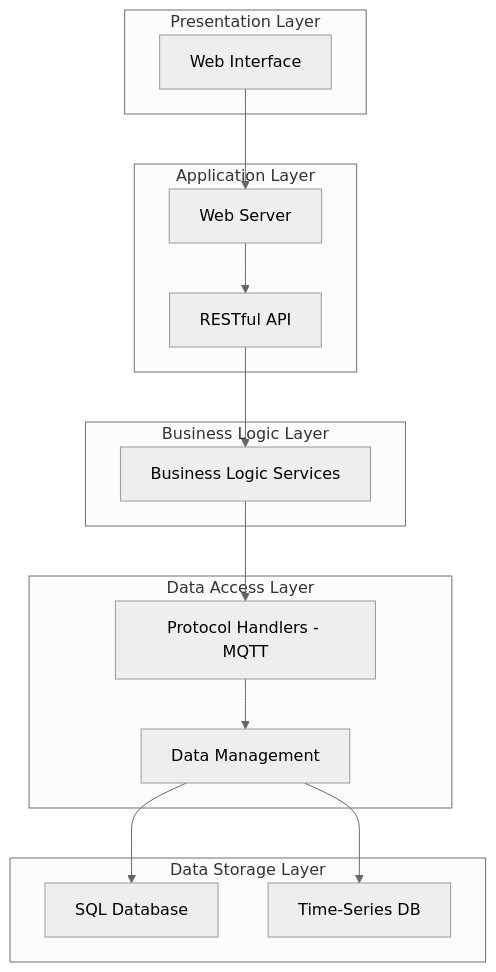
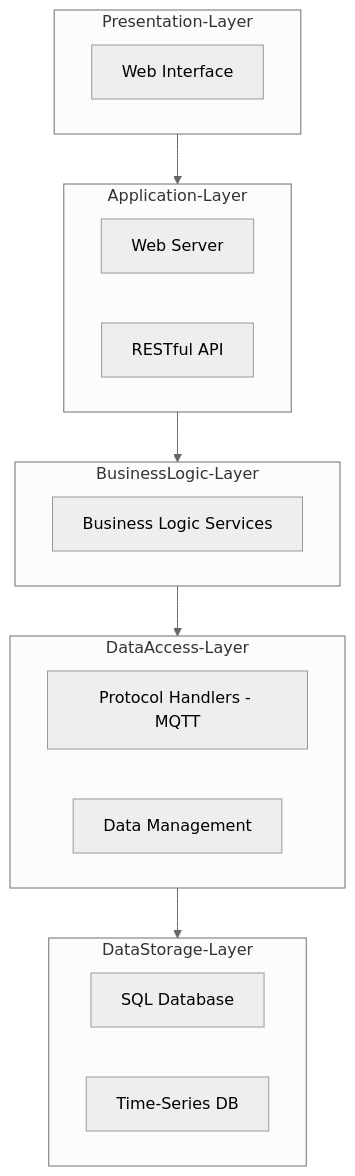
The diagram in README.md (Distributed-IoT-Software-Arch-Course/iot-monolithic-arch-playground), drawn with Mermaid (neutral theme) before and after one commit.

Commit message:
Graph/Schema Updated

````diff
--- a/README.md
+++ b/README.md
@@ -13,33 +13,30 @@
 ```mermaid
 graph TD
-  subgraph Presentation Layer
+  subgraph Presentation-Layer
     A1[Web Interface]
   end
   
-  subgraph Application Layer
+  subgraph Application-Layer
     B1[Web Server]
     B2[RESTful API]
   end
   
-  subgraph Business Logic Layer
+  subgraph BusinessLogic-Layer
     C1[Business Logic Services]
   end
   
-  subgraph Data Access Layer
+  subgraph DataAccess-Layer
     D1[Protocol Handlers - MQTT]
     D2[Data Management]
   end
   
-  subgraph Data Storage Layer
+  subgraph DataStorage-Layer
     E1[SQL Database]
     E2[Time-Series DB]
   end
 
-  A1 --> B1
-  B1 --> B2
-  B2 --> C1
-  C1 --> D1
-  D1 --> D2
-  D2 --> E1
-  D2 --> E2
+  Presentation-Layer --> Application-Layer
+  Application-Layer --> BusinessLogic-Layer
+  BusinessLogic-Layer --> DataAccess-Layer
+  DataAccess-Layer --> DataStorage-Layer
 ```
````
